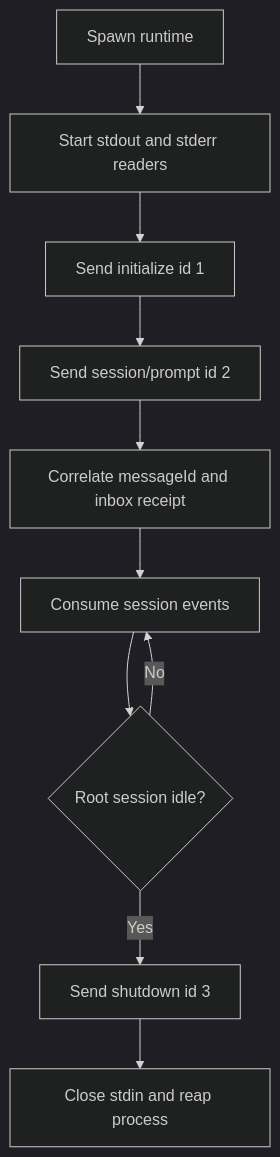
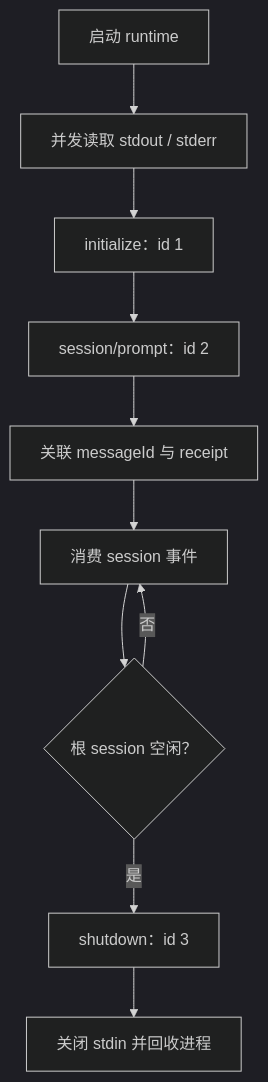
The diagram in tutorials/python-sdk/tutorials/06-raw-jsonrpc.zh.md (eriklee1895/hands-on-dsh), drawn with Mermaid (dark theme) before and after one commit. The commit also changed other lines of this file and 86 other files, not shown here.

Commit message:
docs: improve course narrative, technical guidance, and diagrams

````diff
--- a/tutorials/python-sdk/tutorials/06-raw-jsonrpc.zh.md
+++ b/tutorials/python-sdk/tutorials/06-raw-jsonrpc.zh.md
@@ -28,12 +34,12 @@
 ```mermaid
 flowchart TD
-    Spawn[Spawn runtime] --> Readers[Start stdout and stderr readers]
-    Readers --> Init[Send initialize id 1]
-    Init --> Prompt[Send session/prompt id 2]
-    Prompt --> Receipt[Correlate messageId and inbox receipt]
-    Receipt --> Events[Consume session events]
-    Events --> Idle{Root session idle?}
-    Idle -->|No| Events
-    Idle -->|Yes| Shutdown[Send shutdown id 3]
-    Shutdown --> Reap[Close stdin and reap process]
+    Spawn[启动 runtime] --> Readers[并发读取 stdout / stderr]
+    Readers --> Init[initialize：id 1]
+    Init --> Prompt[session/prompt：id 2]
+    Prompt --> Receipt[关联 messageId 与 receipt]
+    Receipt --> Events[消费 session 事件]
+    Events --> Idle{根 session 空闲？}
+    Idle -->|否| Events
+    Idle -->|是| Shutdown[shutdown：id 3]
+    Shutdown --> Reap[关闭 stdin 并回收进程]
 ```
````
